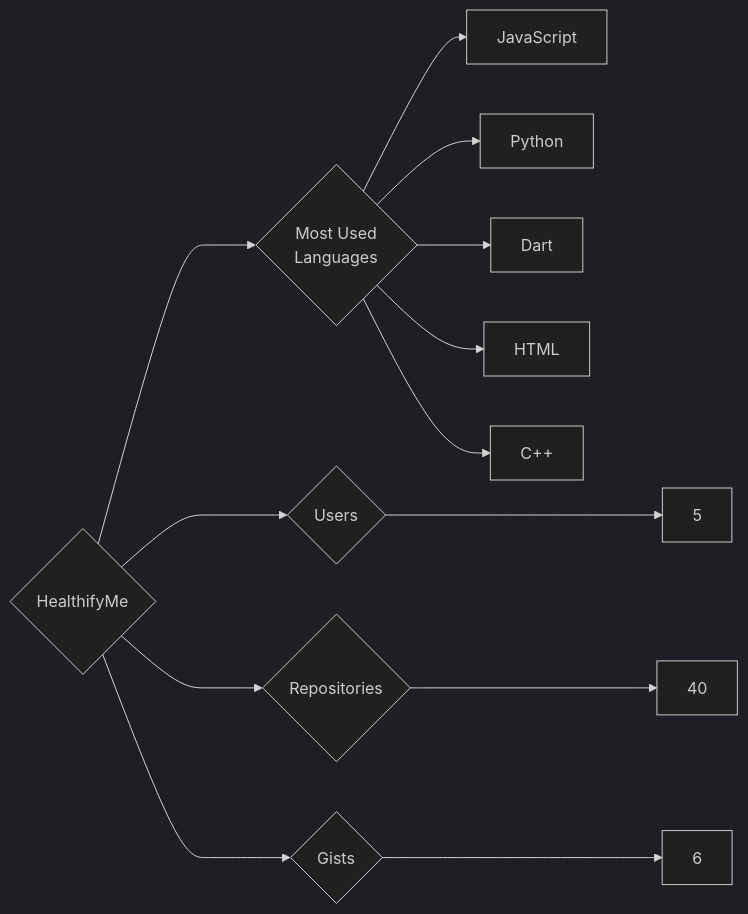
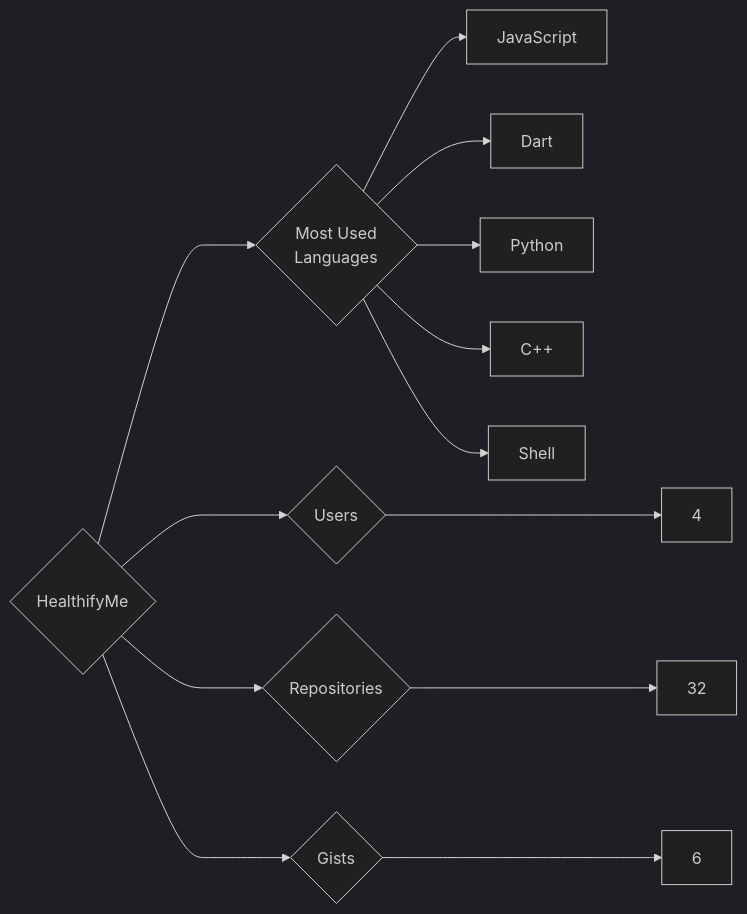
One commit to trickest/insiders changed the diagram in targets/HealthifyMe/README.md. Above: the diagram before and after it, drawn with Mermaid (dark theme). The commit also changed 1020 other files, not shown here.

````diff
--- a/targets/HealthifyMe/README.md
+++ b/targets/HealthifyMe/README.md
@@ -3,13 +3,13 @@
 ```mermaid
 graph LR
 COMPANY_NAME{HealthifyMe}
-COMPANY_NAME ---> U{Users} ---> UN[5]
-COMPANY_NAME ---> R{Repositories} ---> RN[40]
+COMPANY_NAME ---> U{Users} ---> UN[4]
+COMPANY_NAME ---> R{Repositories} ---> RN[32]
 COMPANY_NAME ---> G{Gists} ---> GN[6]
 COMPANY_NAME ---> ML{Most Used<br>Languages}
 ML --> JavaScript[JavaScript]
+ML --> Dart[Dart]
 ML --> Python[Python]
-ML --> Dart[Dart]
-ML --> HTML[HTML]
 ML --> C++[C++]
+ML --> Shell[Shell]
 ```
````
